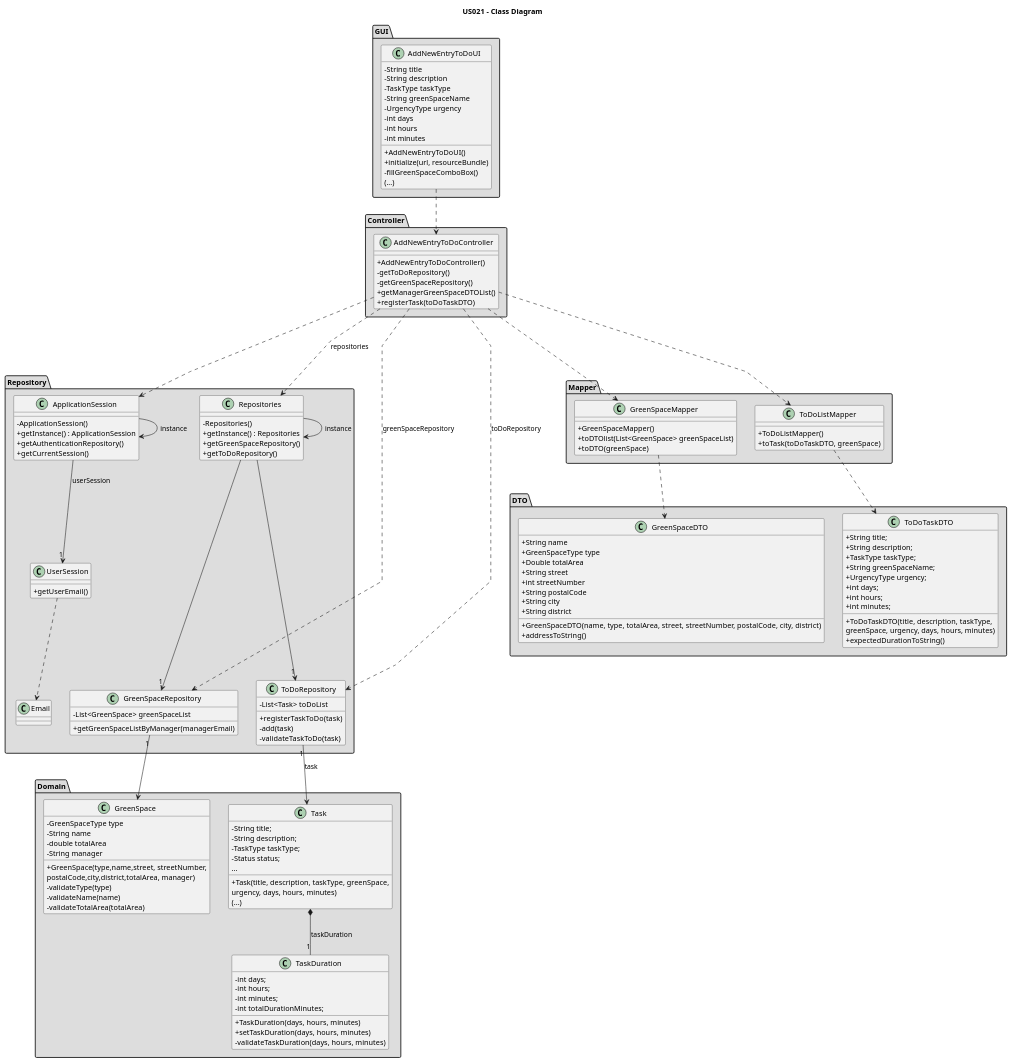
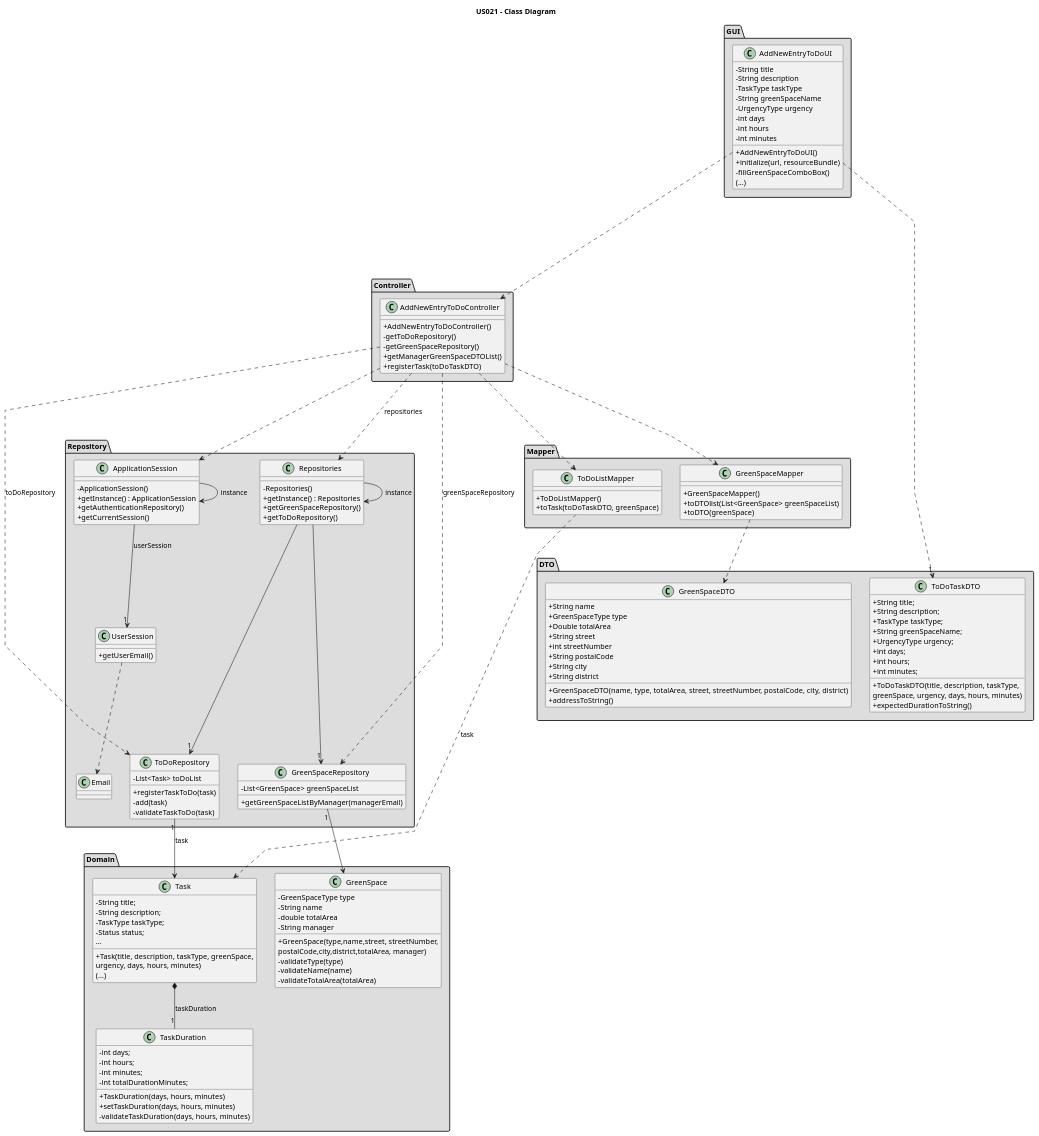
The diagram in docs/sprintC/us021/03.design/puml/us021-class-diagram.puml (Rui-San/LAPR2_2023_2024), drawn with PlantUML before and after one commit.

Commit message:
US21: Updated Class diagram with correct connections

```diff
--- a/docs/sprintC/us021/03.design/puml/us021-class-diagram.puml
+++ b/docs/sprintC/us021/03.design/puml/us021-class-diagram.puml
@@ -1,185 +1,186 @@
 @startuml
 'skinparam monochrome true
 skinparam packageStyle rectangle
 skinparam shadowing false
 skinparam linetype polyline
 'skinparam linetype orto
 
 skinparam classAttributeIconSize 0
 title US021 - Class Diagram
 
 package GUI <<Folder>> #DDDDDD {
 
 class AddNewEntryToDoUI {
     - String title
     - String description
     - TaskType taskType
     - String greenSpaceName
     - UrgencyType urgency
     - int days
     - int hours
     - int minutes
 
     +AddNewEntryToDoUI()
     + initialize(url, resourceBundle)
     - fillGreenSpaceComboBox()
     (...)
 }
 }
 
 package Controller <<Folder>> #DDDDDD {
 class AddNewEntryToDoController {
 
     + AddNewEntryToDoController()
     - getToDoRepository()
     - getGreenSpaceRepository()
     + getManagerGreenSpaceDTOList()
     + registerTask(toDoTaskDTO)
     }
 }
 
 'package Domain <<Folder>> #AAAAAA{
 package Repository <<Folder>> #DDDDDD {
 class GreenSpaceRepository{
     - List<GreenSpace> greenSpaceList
 
     + getGreenSpaceListByManager(managerEmail)
 }
 
 class ToDoRepository{
     - List<Task> toDoList
 
     + registerTaskToDo(task)
     - add(task)
     - validateTaskToDo(task)
 }
 
 class Repositories {
     - Repositories()
     + getInstance() : Repositories
     + getGreenSpaceRepository()
     + getToDoRepository()
 }
 
 class ApplicationSession{
     - ApplicationSession()
     + getInstance() : ApplicationSession
     + getAuthenticationRepository()
     + getCurrentSession()
 
 }
 
 class UserSession{
     + getUserEmail()
 
 }
 
 class Email{
 
 }
 
 }
 
 
 package Domain <<Folder>> #DDDDDD {
 class GreenSpace {
     - GreenSpaceType type
     - String name
     - double totalArea
     - String manager
     + GreenSpace(type,name,street, streetNumber,\npostalCode,city,district,totalArea, manager)
     - validateType(type)
     - validateName(name)
     - validateTotalArea(totalArea)
 }
 
 class Task {
     - String title;
     - String description;
     - TaskType taskType;
     - Status status;
     ...
 
     + Task(title, description, taskType, greenSpace,\nurgency, days, hours, minutes)
     (...)
 }
 
 class TaskDuration {
     - int days;
     - int hours;
     - int minutes;
     - int totalDurationMinutes;
 
     + TaskDuration(days, hours, minutes)
     + setTaskDuration(days, hours, minutes)
     - validateTaskDuration(days, hours, minutes)
 }
 
 '}
 }
 
 
 package Mapper <<Folder>> #DDDDDD {
 class GreenSpaceMapper{
     + GreenSpaceMapper()
     + toDTOlist(List<GreenSpace> greenSpaceList)
     + toDTO(greenSpace)
 }
 
 class ToDoListMapper{
     + ToDoListMapper()
     + toTask(toDoTaskDTO, greenSpace)
 }
 }
 
 package DTO <<Folder>> #DDDDDD {
 class GreenSpaceDTO{
     + String name
     + GreenSpaceType type
     + Double totalArea
     + String street
     + int streetNumber
     + String postalCode
     + String city
     + String district
 
     + GreenSpaceDTO(name, type, totalArea, street, streetNumber, postalCode, city, district)
     + addressToString()
 }
 
 class ToDoTaskDTO{
     + String title;
     + String description;
     + TaskType taskType;
     + String greenSpaceName;
     + UrgencyType urgency;
     + int days;
     + int hours;
     + int minutes;
 
     + ToDoTaskDTO(title, description, taskType,\ngreenSpace, urgency, days, hours, minutes)
     + expectedDurationToString()
     }
 }
 
-AddNewEntryToDoUI .down.> AddNewEntryToDoController
+AddNewEntryToDoUI ..down..> AddNewEntryToDoController
 AddNewEntryToDoController ...> Repositories : repositories
 AddNewEntryToDoController ..> GreenSpaceRepository : greenSpaceRepository
 AddNewEntryToDoController ..> ToDoRepository : toDoRepository
 AddNewEntryToDoController ...> ApplicationSession
 Repositories -> Repositories : instance
 Repositories ---> "1" GreenSpaceRepository
 Repositories ---> "1" ToDoRepository
 ApplicationSession -> ApplicationSession : instance
 ApplicationSession -down-> "1" UserSession : userSession
 UserSession ..> Email
 GreenSpaceRepository "1" -> GreenSpace
 ToDoRepository "1" -down-> Task : task
 Task *--"1" TaskDuration : taskDuration
 AddNewEntryToDoController ..> GreenSpaceMapper
 AddNewEntryToDoController ...> ToDoListMapper
 GreenSpaceMapper ..> GreenSpaceDTO
-ToDoListMapper ..> ToDoTaskDTO
+ToDoListMapper ..> Task : task
+AddNewEntryToDoUI ....> "1" ToDoTaskDTO
 
 
 @enduml
```
